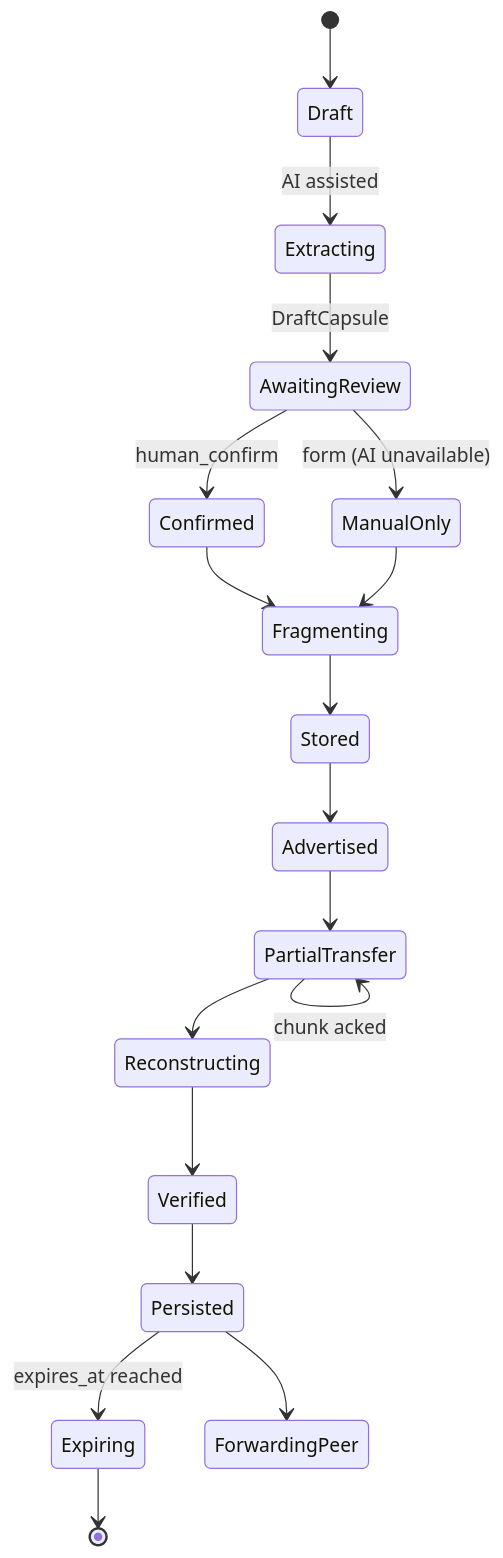
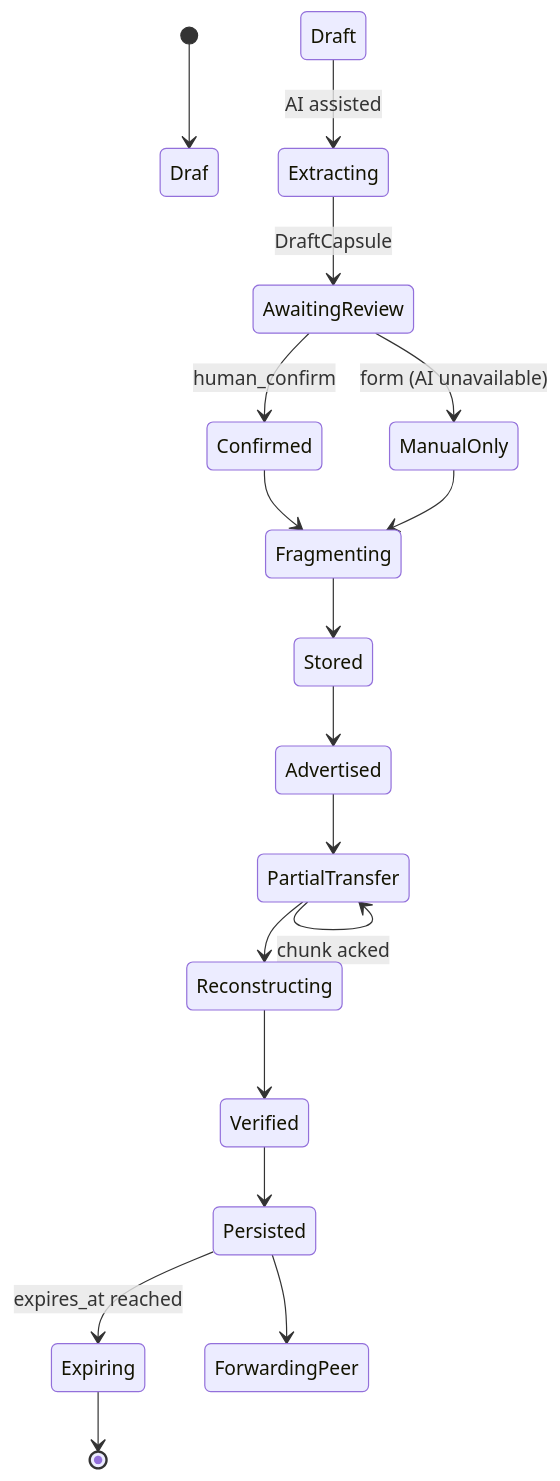
The first of 4 diagrams in PROTOCOL_SPEC.md (Rifat-Hossain49/July_hackathon), drawn with Mermaid before and after one commit. The commit also changed other lines of this file and 13 other files, not shown here.

````diff
--- a/PROTOCOL_SPEC.md
+++ b/PROTOCOL_SPEC.md
@@ -622,20 +686,20 @@
 ```mermaid
 stateDiagram-v2
-  [*] --> Draft
+  [*] --> Draf
   Draft --> Extracting: AI assisted
   Extracting --> AwaitingReview: DraftCapsule
   AwaitingReview --> Confirmed: human_confirm
   AwaitingReview --> ManualOnly: form (AI unavailable)
   Confirmed --> Fragmenting
   ManualOnly --> Fragmenting
   Fragmenting --> Stored
   Stored --> Advertised
   Advertised --> PartialTransfer
   PartialTransfer --> PartialTransfer: chunk acked
   PartialTransfer --> Reconstructing
   Reconstructing --> Verified
   Verified --> Persisted
   Persisted --> Expiring: expires_at reached
   Persisted --> ForwardingPeer
   Expiring --> [*]
 ```
````
